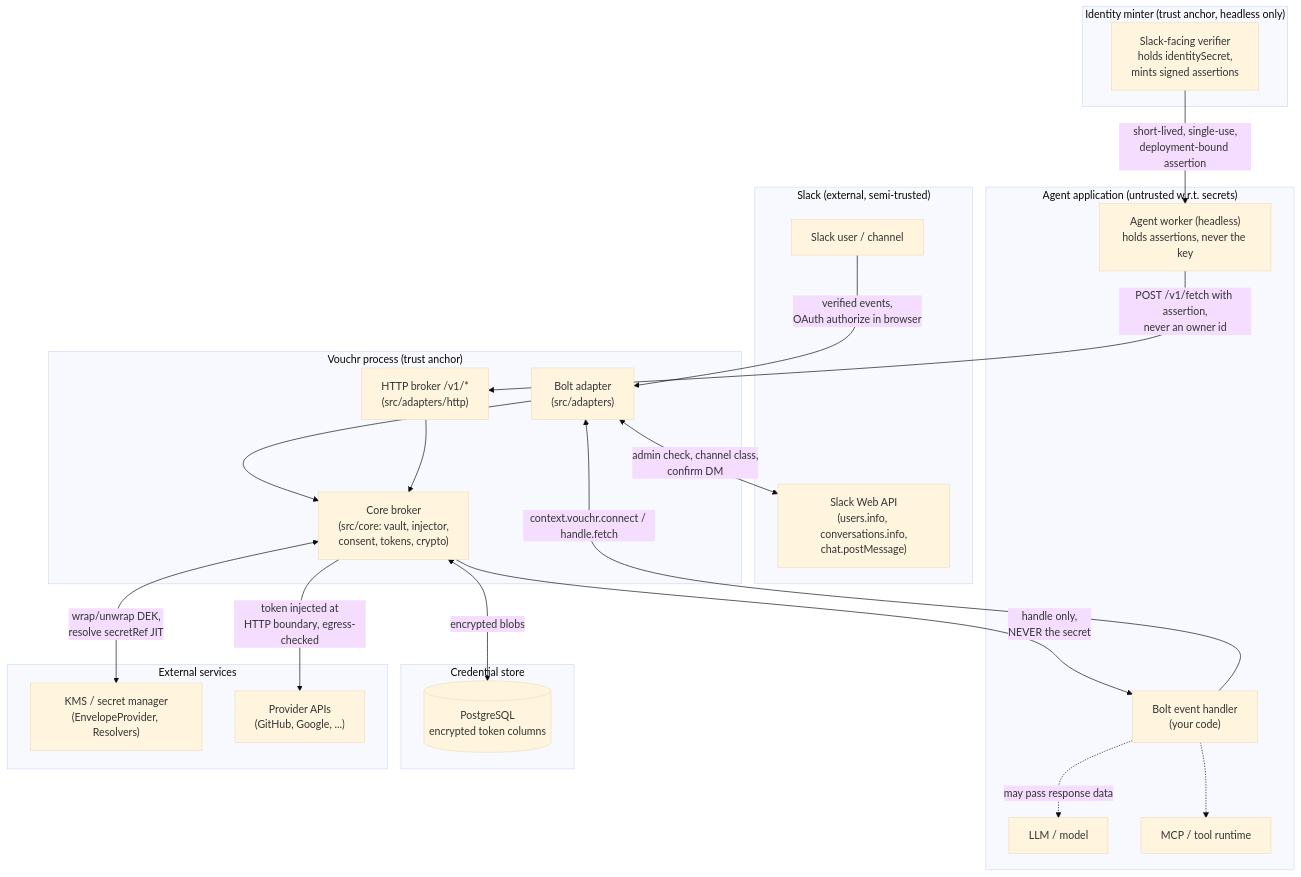
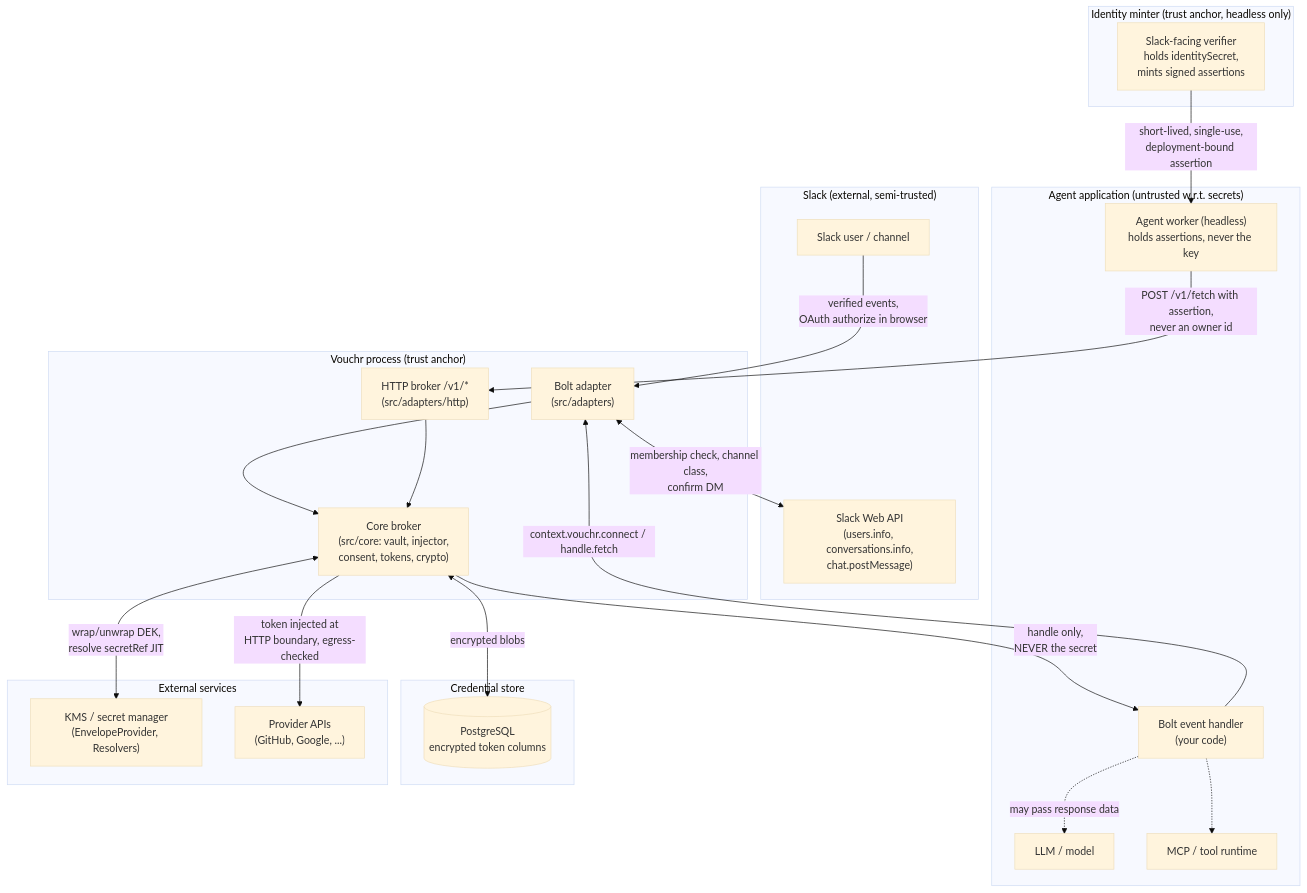
One commit to Dharin-shah/vouchr changed the diagram in guides/THREAT-MODEL.md. Above: the diagram before and after it, drawn with Mermaid (base theme). The commit also changed other lines of this file and 73 other files, not shown here.

Commit message:
feat(approval): channel members approve and configure; the workspace-admin concept is removed (#322, #330)

````diff
--- a/guides/THREAT-MODEL.md
+++ b/guides/THREAT-MODEL.md
@@ -18,47 +18,47 @@
 ```mermaid
 flowchart TB
     subgraph slack["Slack (external, semi-trusted)"]
         user["Slack user / channel"]
         slackapi["Slack Web API\n(users.info, conversations.info,\nchat.postMessage)"]
     end
 
     subgraph minter["Identity minter (trust anchor, headless only)"]
         mint["Slack-facing verifier\nholds identitySecret,\nmints signed assertions"]
     end
 
     subgraph agent["Agent application (untrusted w.r.t. secrets)"]
         llm["LLM / model"]
         tools["MCP / tool runtime"]
         handler["Bolt event handler\n(your code)"]
         worker["Agent worker (headless)\nholds assertions, never the key"]
     end
 
     subgraph vouchr["Vouchr process (trust anchor)"]
         adapter["Bolt adapter\n(src/adapters)"]
         httpbroker["HTTP broker /v1/*\n(src/adapters/http)"]
         core["Core broker\n(src/core: vault, injector,\nconsent, tokens, crypto)"]
     end
 
     subgraph store["Credential store"]
         db[("PostgreSQL\nencrypted token columns")]
     end
 
     subgraph ext["External services"]
         kms["KMS / secret manager\n(EnvelopeProvider, Resolvers)"]
         provapi["Provider APIs\n(GitHub, Google, ...)"]
     end
 
     user -->|verified events,\nOAuth authorize in browser| adapter
     handler -->|context.vouchr.connect / handle.fetch| adapter
     mint -->|short-lived, single-use,\ndeployment-bound assertion| worker
     worker -->|POST /v1/fetch with assertion,\nnever an owner id| httpbroker
     adapter --> core
     httpbroker --> core
     core -->|handle only,\nNEVER the secret| handler
     handler -.->|may pass response data| llm
     handler -.-> tools
     core <-->|encrypted blobs| db
     core <-->|wrap/unwrap DEK,\nresolve secretRef JIT| kms
     core -->|token injected at\nHTTP boundary, egress-checked| provapi
-    adapter <-->|admin check, channel class,\nconfirm DM| slackapi
+    adapter <-->|membership check, channel class,\nconfirm DM| slackapi
 ```
````
